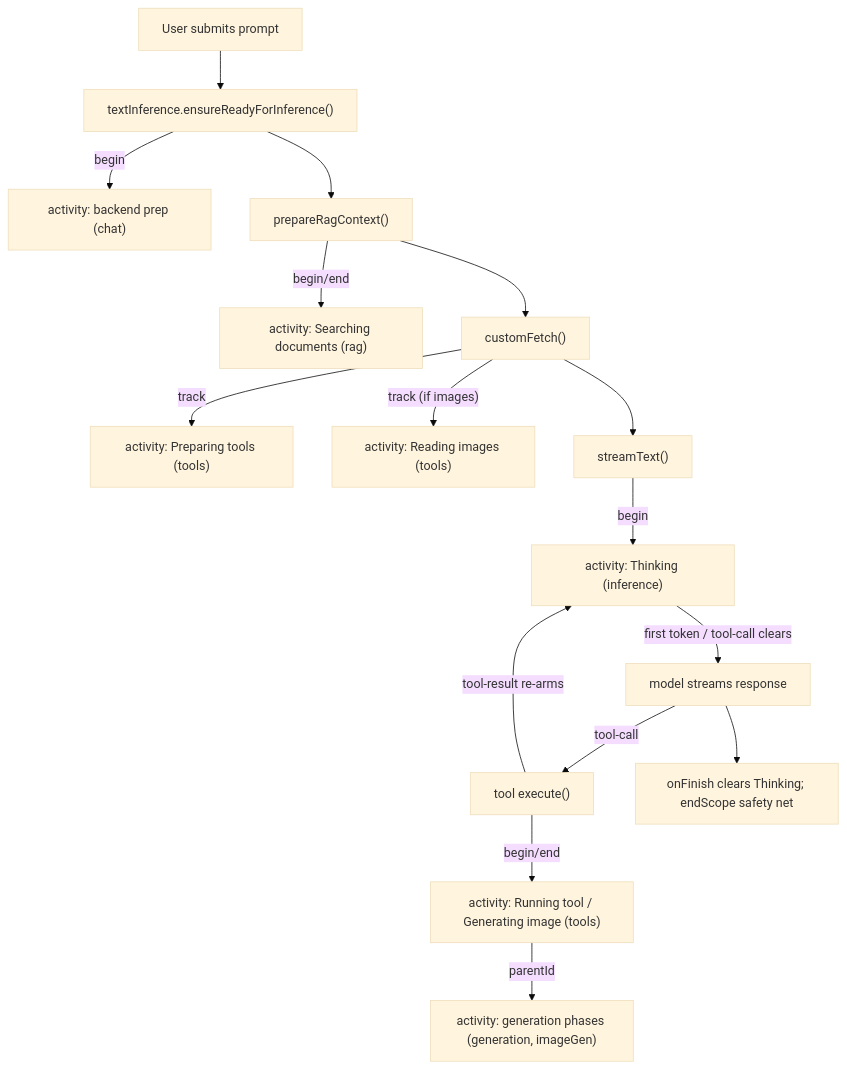
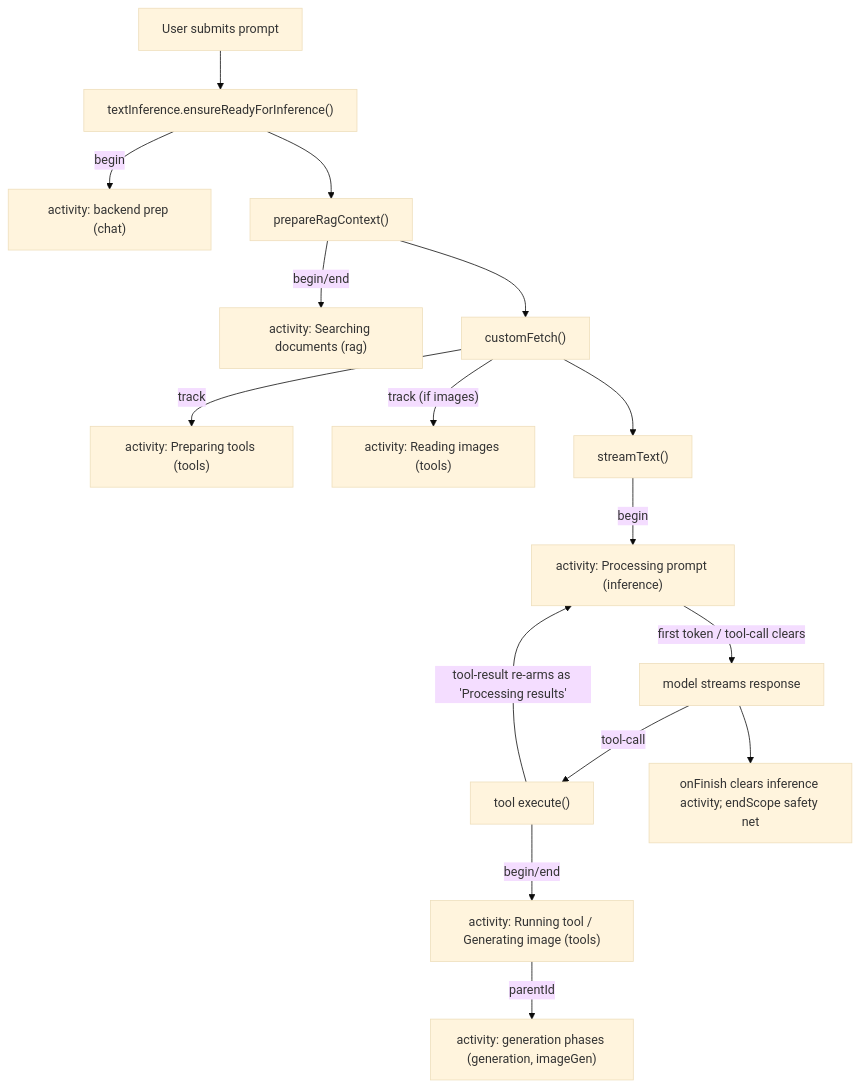
The diagram in docs/error-state-activity-architecture.md (intel/AI-Playground), drawn with Mermaid (base theme) before and after one commit. The commit also changed other lines of this file and 9 other files, not shown here.

````diff
--- a/docs/error-state-activity-architecture.md
+++ b/docs/error-state-activity-architecture.md
@@ -183,18 +184,18 @@
 ```mermaid
 flowchart TD
   submit["User submits prompt"] --> prep["textInference.ensureReadyForInference()"]
   prep -->|"begin"| backend["activity: backend prep (chat)"]
   prep --> rag["prepareRagContext()"]
   rag -->|"begin/end"| ragAct["activity: Searching documents (rag)"]
   rag --> fetch["customFetch()"]
   fetch -->|"track"| tools["activity: Preparing tools (tools)"]
   fetch -->|"track (if images)"| imgs["activity: Reading images (tools)"]
   fetch --> stream["streamText()"]
-  stream -->|"begin"| think["activity: Thinking (inference)"]
+  stream -->|"begin"| think["activity: Processing prompt (inference)"]
   think -->|"first token / tool-call clears"| respond["model streams response"]
   respond -->|"tool-call"| toolexec["tool execute()"]
   toolexec -->|"begin/end"| toolAct["activity: Running tool / Generating image (tools)"]
   toolAct -->|"parentId"| genAct["activity: generation phases (generation, imageGen)"]
-  toolexec -->|"tool-result re-arms"| think
-  respond --> done["onFinish clears Thinking; endScope safety net"]
+  toolexec -->|"tool-result re-arms as 'Processing results'"| think
+  respond --> done["onFinish clears inference activity; endScope safety net"]
 ```
````
